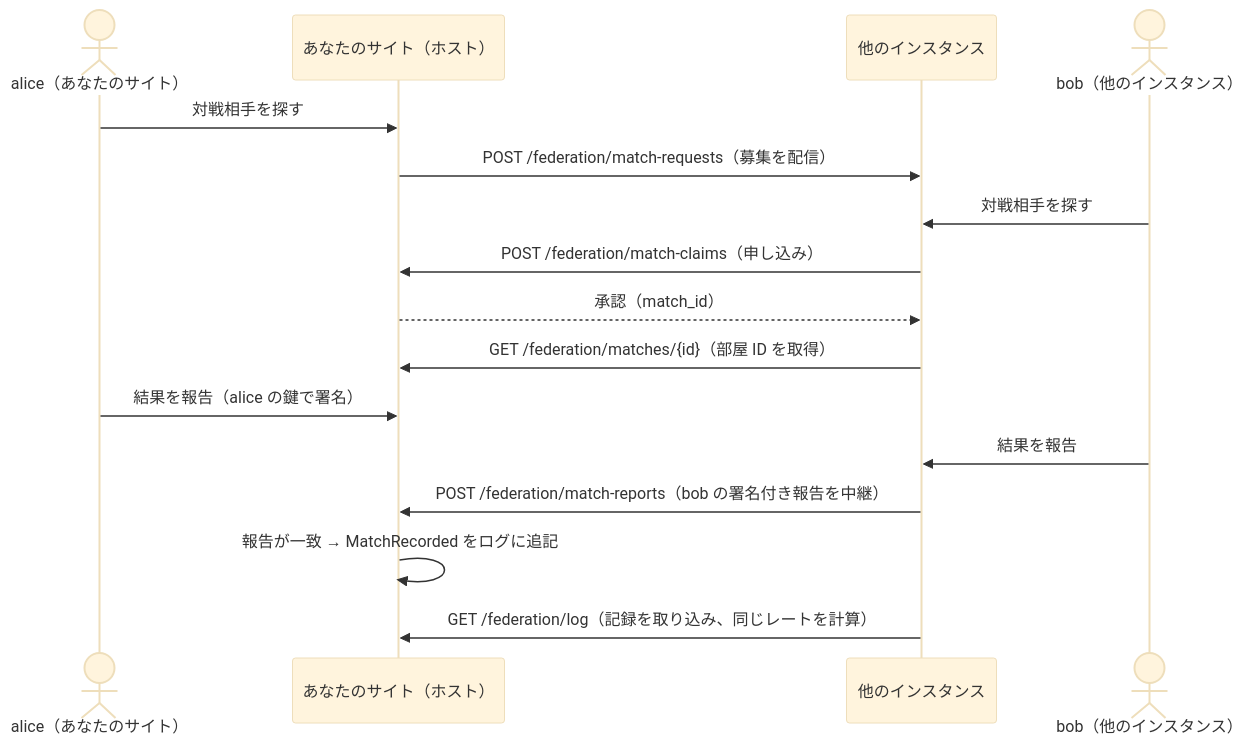
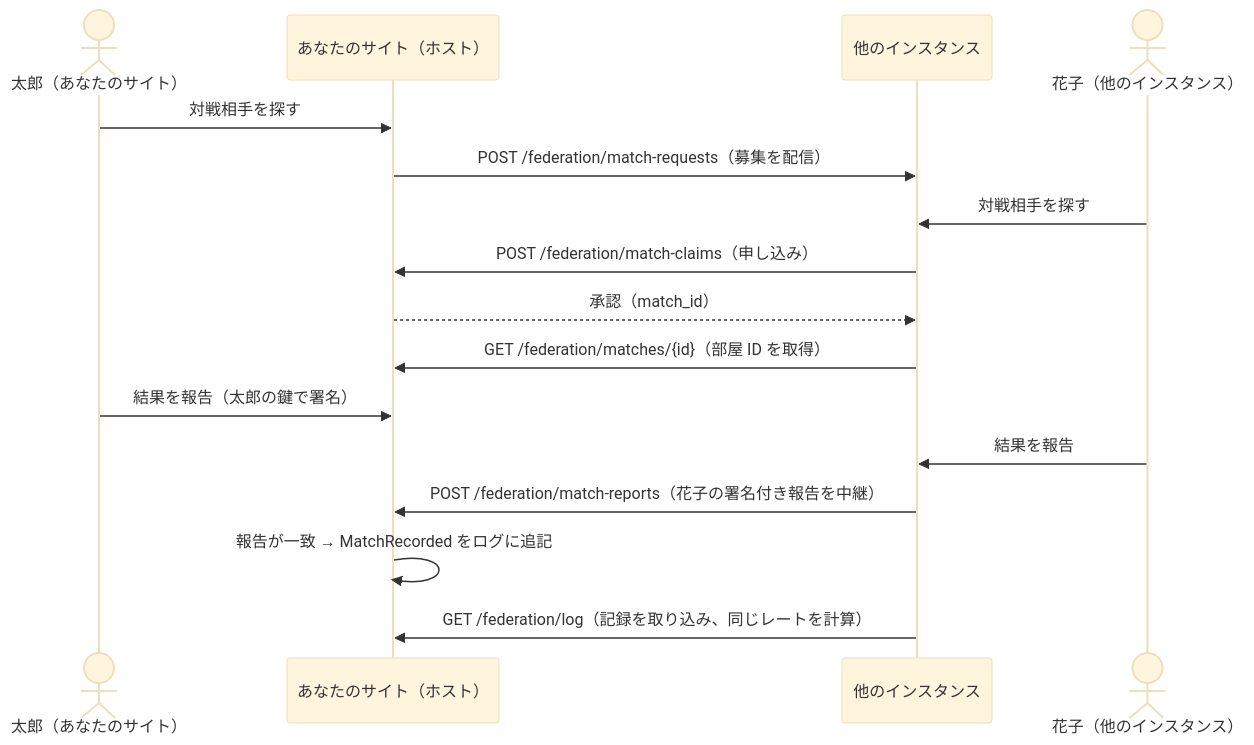
The second of 2 diagrams in docs/architecture/federation-for-existing-sites.md (tacky0612/smash-hub), drawn with Mermaid (base theme) before and after one commit. The commit also changed other lines of this file and 81 other files, not shown here.

````diff
--- a/docs/architecture/federation-for-existing-sites.md
+++ b/docs/architecture/federation-for-existing-sites.md
@@ -108,18 +108,18 @@
 ```mermaid
 sequenceDiagram
-  actor A as alice（あなたのサイト）
+  actor A as 太郎（あなたのサイト）
   participant S as あなたのサイト（ホスト）
   participant H as 他のインスタンス
-  actor B as bob（他のインスタンス）
+  actor B as 花子（他のインスタンス）
   A->>S: 対戦相手を探す
   S->>H: POST /federation/match-requests（募集を配信）
   B->>H: 対戦相手を探す
   H->>S: POST /federation/match-claims（申し込み）
   S-->>H: 承認（match_id）
   H->>S: GET /federation/matches/{id}（部屋 ID を取得）
-  A->>S: 結果を報告（alice の鍵で署名）
+  A->>S: 結果を報告（太郎の鍵で署名）
   B->>H: 結果を報告
-  H->>S: POST /federation/match-reports（bob の署名付き報告を中継）
+  H->>S: POST /federation/match-reports（花子の署名付き報告を中継）
   S->>S: 報告が一致 → MatchRecorded をログに追記
   H->>S: GET /federation/log（記録を取り込み、同じレートを計算）
 ```
````
